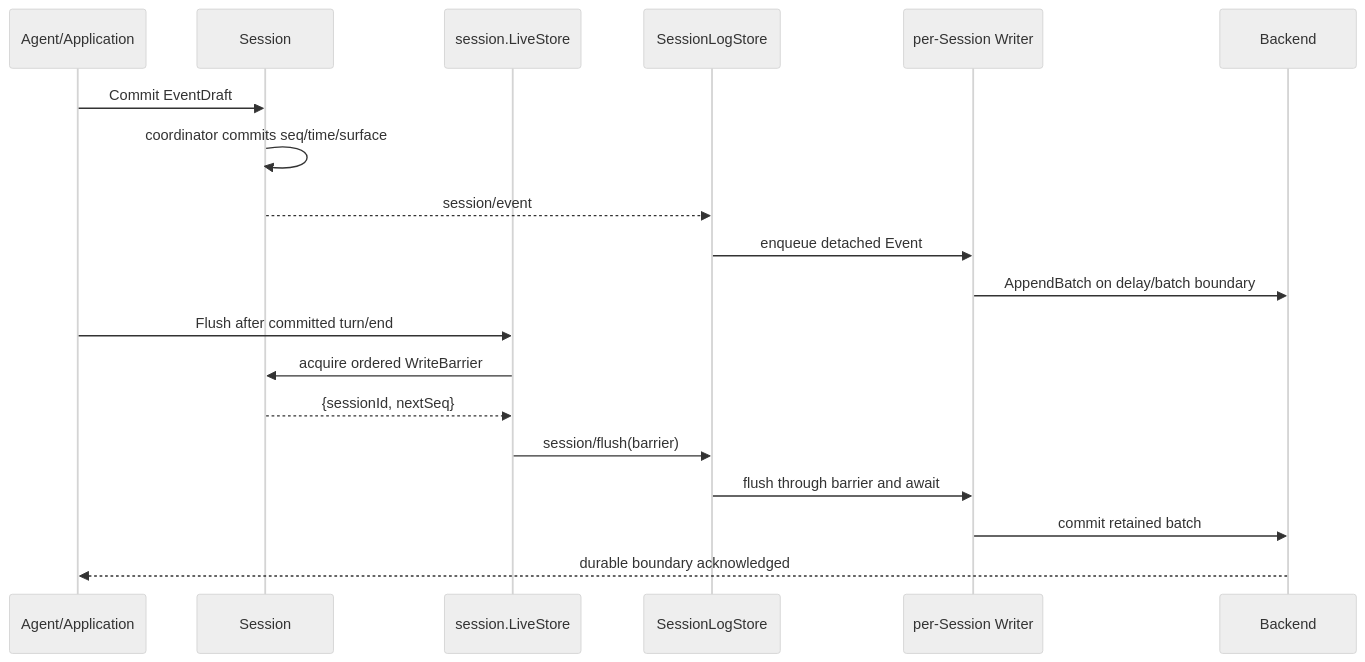
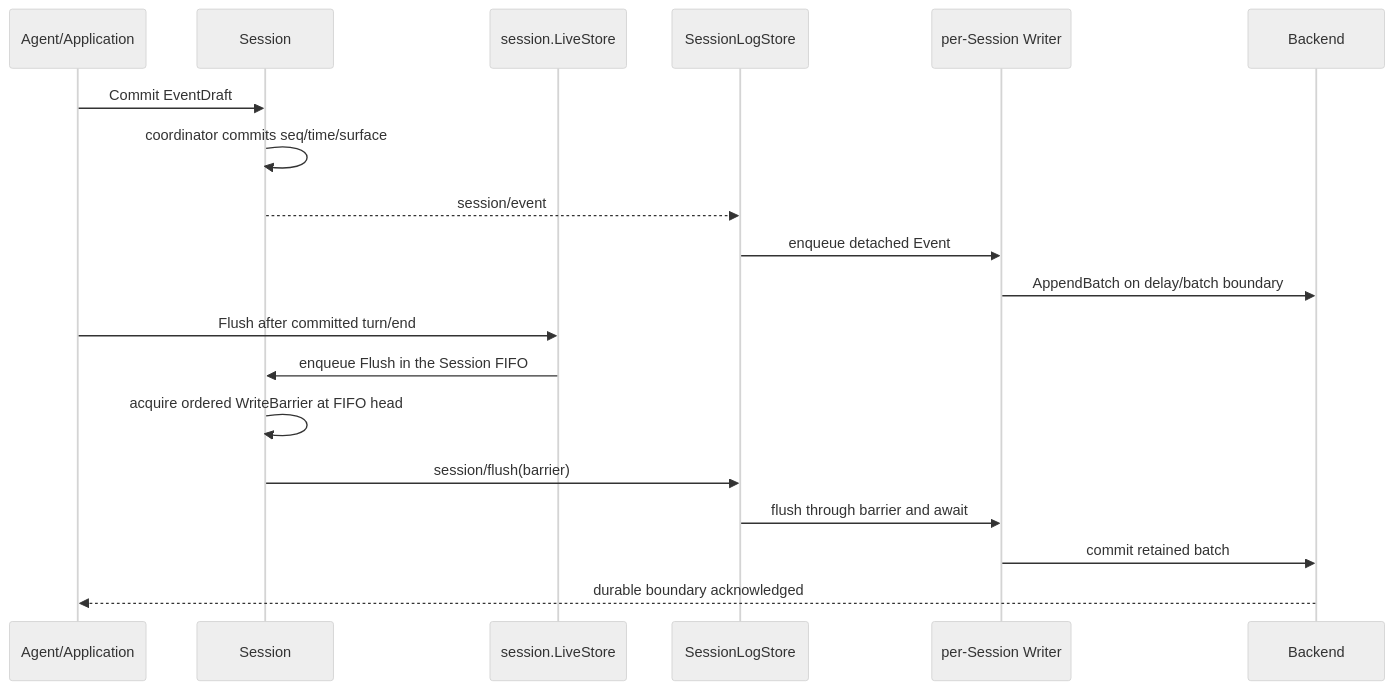
The second of 3 diagrams in zh-CN/19-session-persistence-and-sqlite.md (gorenx/goren), drawn with Mermaid (neutral theme) before and after one commit. The commit also changed other lines of this file and 3 other files, not shown here.

````diff
--- a/zh-CN/19-session-persistence-and-sqlite.md
+++ b/zh-CN/19-session-persistence-and-sqlite.md
@@ -77,21 +77,21 @@
 ```mermaid
 sequenceDiagram
     participant U as Agent/Application
     participant S as Session
     participant L as session.LiveStore
     participant C as SessionLogStore
     participant W as per-Session Writer
     participant B as Backend
     U->>S: Commit EventDraft
     S->>S: coordinator commits seq/time/surface
     S-->>C: session/event
     C->>W: enqueue detached Event
     W->>B: AppendBatch on delay/batch boundary
     U->>L: Flush after committed turn/end
-    L->>S: acquire ordered WriteBarrier
-    S-->>L: {sessionId, nextSeq}
-    L->>C: session/flush(barrier)
+    L->>S: enqueue Flush in the Session FIFO
+    S->>S: acquire ordered WriteBarrier at FIFO head
+    S->>C: session/flush(barrier)
     C->>W: flush through barrier and await
     W->>B: commit retained batch
     B-->>U: durable boundary acknowledged
 ```
````
